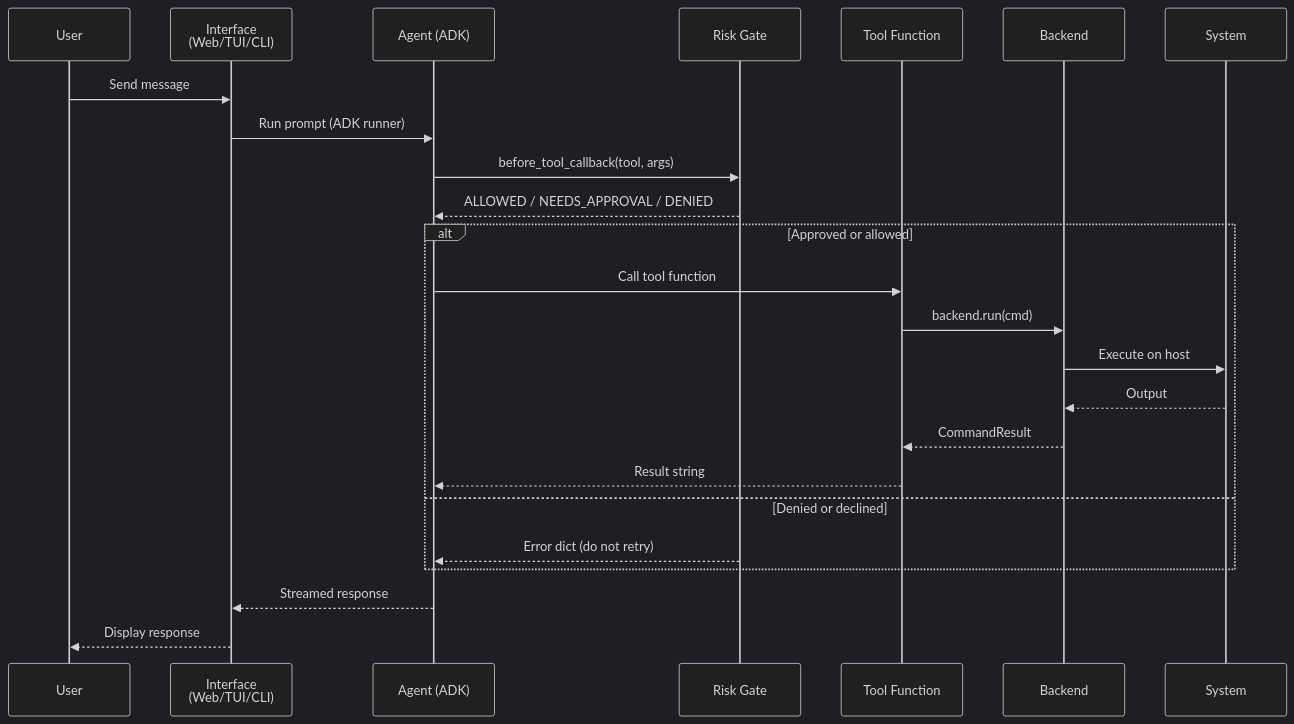
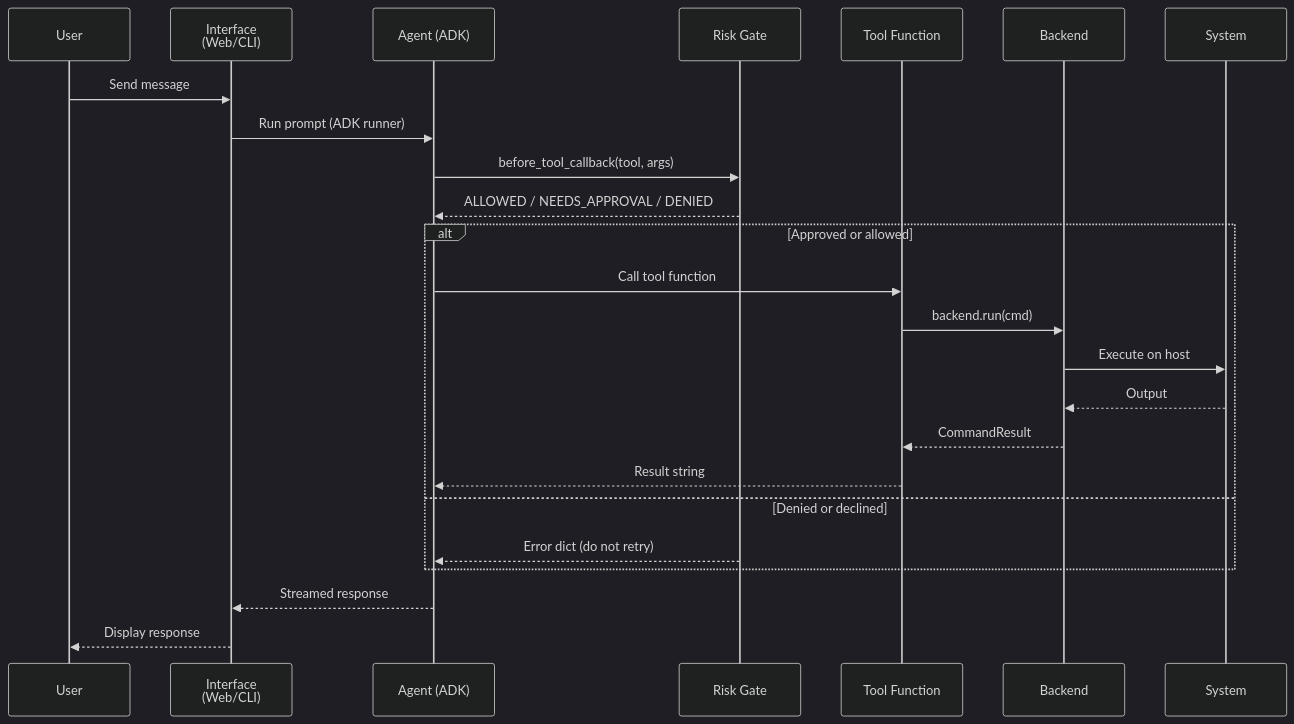
One commit to willdah/squire changed the third of 5 diagrams in docs/architecture.md. Above: the diagram before and after it, drawn with Mermaid (dark theme). The commit also changed other lines of this file and 30 other files, not shown here.

````diff
--- a/docs/architecture.md
+++ b/docs/architecture.md
@@ -90,29 +87,29 @@
 ```mermaid
 sequenceDiagram
     participant U as User
-    participant I as Interface<br/>(Web/TUI/CLI)
+    participant I as Interface<br/>(Web/CLI)
     participant A as Agent (ADK)
     participant RG as Risk Gate
     participant T as Tool Function
     participant B as Backend
     participant S as System
 
     U->>I: Send message
     I->>A: Run prompt (ADK runner)
     A->>RG: before_tool_callback(tool, args)
     RG-->>A: ALLOWED / NEEDS_APPROVAL / DENIED
 
     alt Approved or allowed
         A->>T: Call tool function
         T->>B: backend.run(cmd)
         B->>S: Execute on host
         S-->>B: Output
         B-->>T: CommandResult
         T-->>A: Result string
     else Denied or declined
         RG-->>A: Error dict (do not retry)
     end
 
     A-->>I: Streamed response
     I-->>U: Display response
 ```
````
